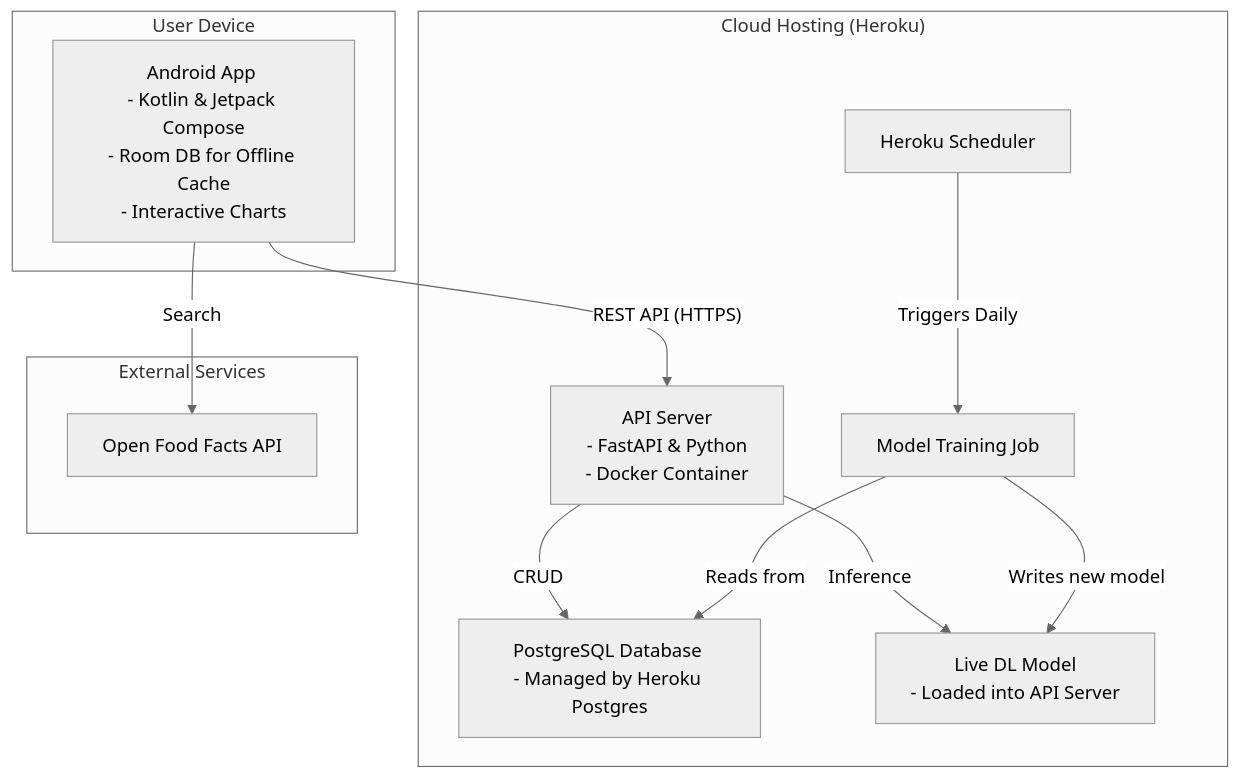
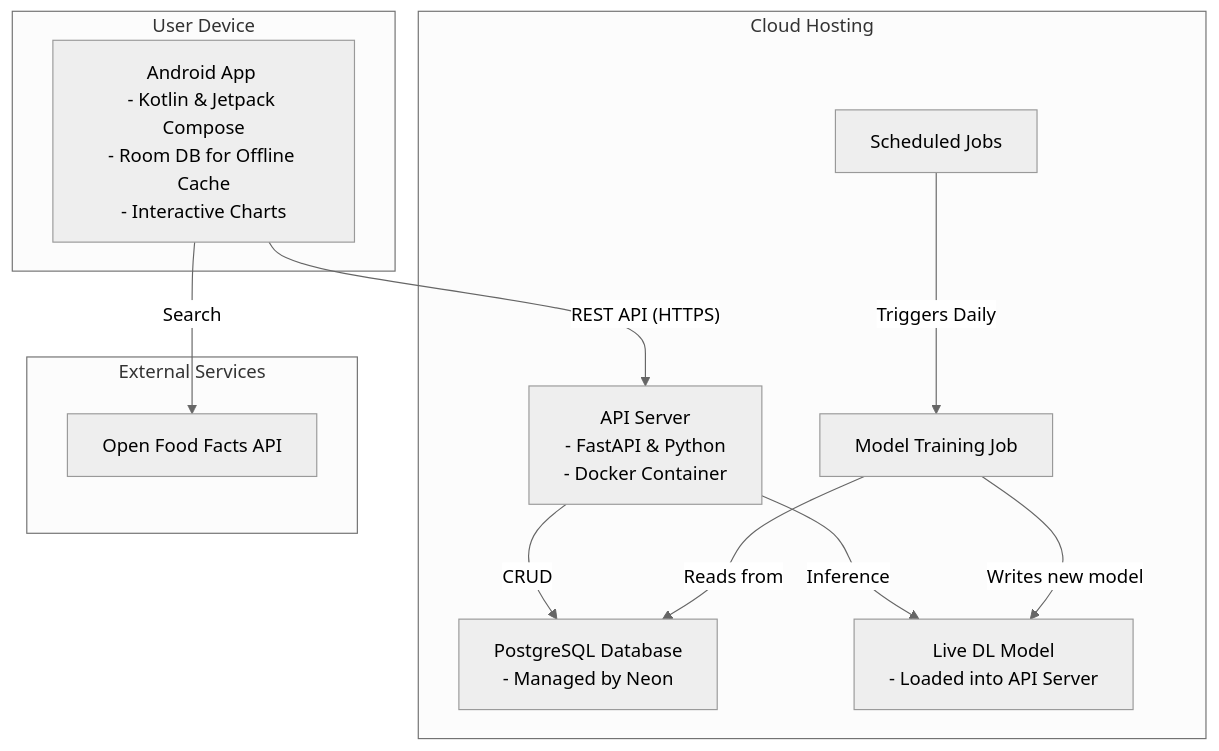
The diagram in plan/00_technical_specification.md (dmenig/nutrition), drawn with Mermaid (neutral theme) before and after one commit. The commit also changed other lines of this file and 77 other files, not shown here.

````diff
--- a/plan/00_technical_specification.md
+++ b/plan/00_technical_specification.md
@@ -11,24 +11,24 @@
 ```mermaid
 graph TD
     subgraph "User Device"
         A[Android App <br>- Kotlin & Jetpack Compose<br>- Room DB for Offline Cache<br>- Interactive Charts]
     end
 
-    subgraph "Cloud Hosting (Heroku)"
+    subgraph "Cloud Hosting"
         B[API Server <br>- FastAPI & Python<br>- Docker Container]
-        C[PostgreSQL Database <br>- Managed by Heroku Postgres]
+        C[PostgreSQL Database <br>- Managed by Neon]
         D[Live DL Model <br>- Loaded into API Server]
-        F[Heroku Scheduler] -- Triggers Daily --> G[Model Training Job]
+        F[Scheduled Jobs] -- Triggers Daily --> G[Model Training Job]
     end
 
     subgraph "External Services"
         E[Open Food Facts API]
     end
 
     A -- REST API (HTTPS) --> B
     B -- CRUD --> C
     B -- Inference --> D
     G -- Reads from --> C
     G -- Writes new model --> D
     A -- Search --> E
 ```
````
